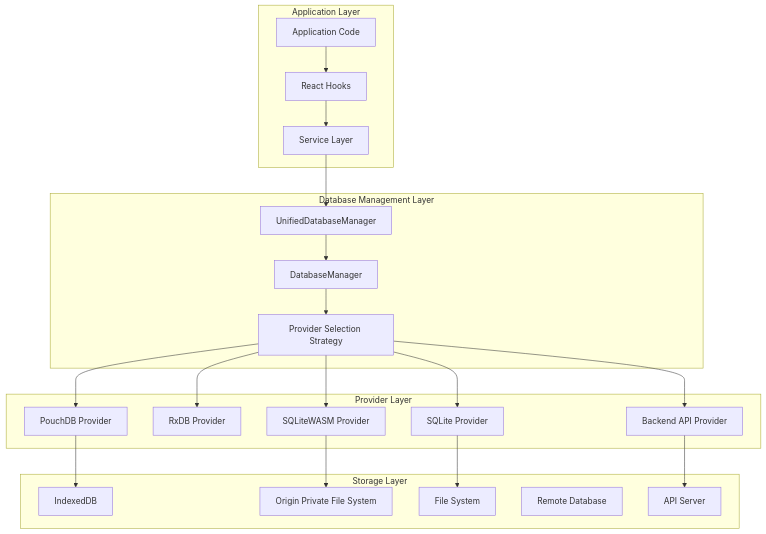
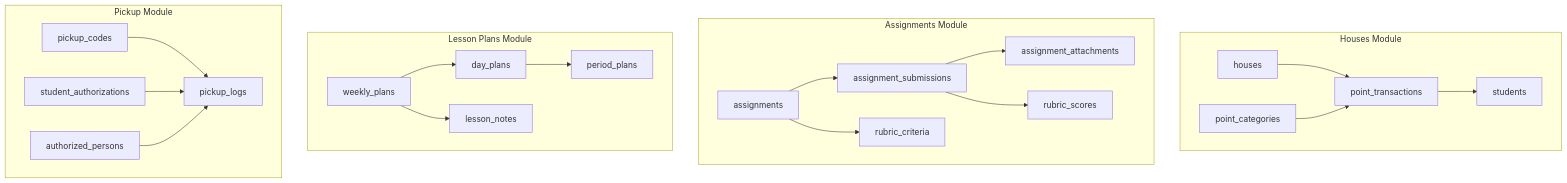
One commit to geniusdynamics/schoolpilot changed the first of 4 diagrams in .qoder/repowiki/en/content/Development Tools & Scripts/Database Architecture.md. Above: the diagram before and after it, drawn with Mermaid. The commit also changed other lines of this file and 760 other files, not shown here.

````diff
--- a/.qoder/repowiki/en/content/Development Tools & Scripts/Database Architecture.md
+++ b/.qoder/repowiki/en/content/Development Tools & Scripts/Database Architecture.md
@@ -66,41 +99,24 @@
 ```mermaid
 graph TB
-subgraph "Application Layer"
-App[Application Code]
-Hooks[React Hooks]
-Services[Service Layer]
+subgraph "Houses Module"
+Houses[houses] --> PointTransactions[point_transactions]
+PointCategories[point_categories] --> PointTransactions
+PointTransactions --> Students[students]
 end
-subgraph "Database Management Layer"
-UDM[UnifiedDatabaseManager]
-DM[DatabaseManager]
-DPS[Provider Selection Strategy]
+subgraph "Assignments Module"
+Assignments[assignments] --> Submissions[assignment_submissions]
+Submissions --> Attachments[assignment_attachments]
+Assignments --> RubricCriteria[rubric_criteria]
+Submissions --> RubricScores[rubric_scores]
 end
-subgraph "Provider Layer"
-PouchDB[PouchDB Provider]
-RxDB[RxDB Provider]
-SQLite[SQLite Provider]
-SQLiteWASM[SQLiteWASM Provider]
-BackendAPI[Backend API Provider]
+subgraph "Lesson Plans Module"
+WeeklyPlans[weekly_plans] --> DayPlans[day_plans]
+DayPlans --> PeriodPlans[period_plans]
+WeeklyPlans --> LessonNotes[lesson_notes]
 end
-subgraph "Storage Layer"
-IndexedDB[IndexedDB]
-OPFS[Origin Private File System]
-FileSystem[File System]
-RemoteDB[Remote Database]
-APIServer[API Server]
+subgraph "Pickup Module"
+PickupCodes[pickup_codes] --> PickupLogs[pickup_logs]
+StudentAuthorizations[student_authorizations] --> PickupLogs
+AuthorizedPersons[authorized_persons] --> PickupLogs
 end
-App --> Hooks
-Hooks --> Services
-Services --> UDM
-UDM --> DM
-DM --> DPS
-DPS --> PouchDB
-DPS --> RxDB
-DPS --> SQLite
-DPS --> SQLiteWASM
-DPS --> BackendAPI
-PouchDB --> IndexedDB
-SQLiteWASM --> OPFS
-SQLite --> FileSystem
-BackendAPI --> APIServer
 ```
````
